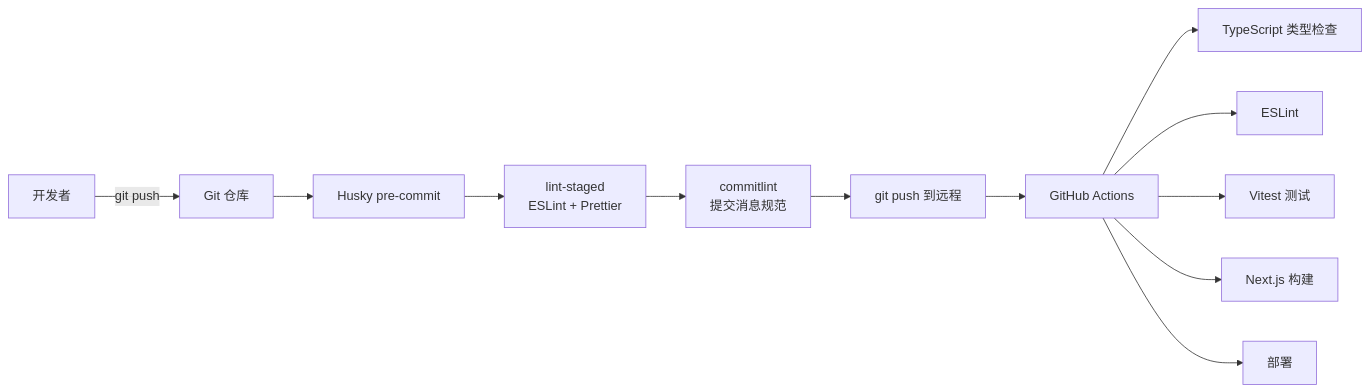
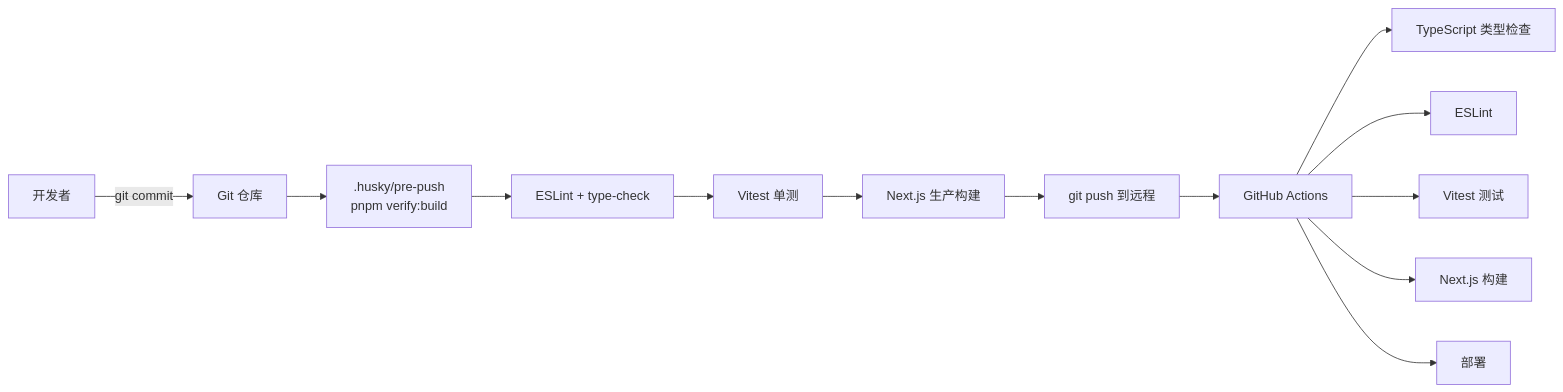
The fourth of 5 diagrams in docs/architecture/12-deployment.md (Sun1090/IndieStack), drawn with Mermaid before and after one commit. The commit also changed other lines of this file and 13 other files, not shown here.

````diff
--- a/docs/architecture/12-deployment.md
+++ b/docs/architecture/12-deployment.md
@@ -129,14 +129,15 @@
 ```mermaid
 flowchart LR
-    Dev["开发者"] -->|git push| Repo["Git 仓库"]
-    Repo --> Hook["Husky pre-commit"]
-    Hook --> LintStaged["lint-staged<br/>ESLint + Prettier"]
-    LintStaged --> Commitlint["commitlint<br/>提交消息规范"]
-    Commitlint --> Push["git push 到远程"]
+    Dev["开发者"] -->|git commit| Repo["Git 仓库"]
+    Repo --> Hook[".husky/pre-push<br/>pnpm verify:build"]
+    Hook --> Lint["ESLint + type-check"]
+    Lint --> Unit["Vitest 单测"]
+    Unit --> Build["Next.js 生产构建"]
+    Build --> Push["git push 到远程"]
     Push --> CI["GitHub Actions"]
     CI --> TypeCheck["TypeScript 类型检查"]
-    CI --> Lint["ESLint"]
+    CI --> Lint2["ESLint"]
     CI --> Test["Vitest 测试"]
-    CI --> Build["Next.js 构建"]
+    CI --> Build2["Next.js 构建"]
     CI --> Deploy["部署"]
 ```
````
